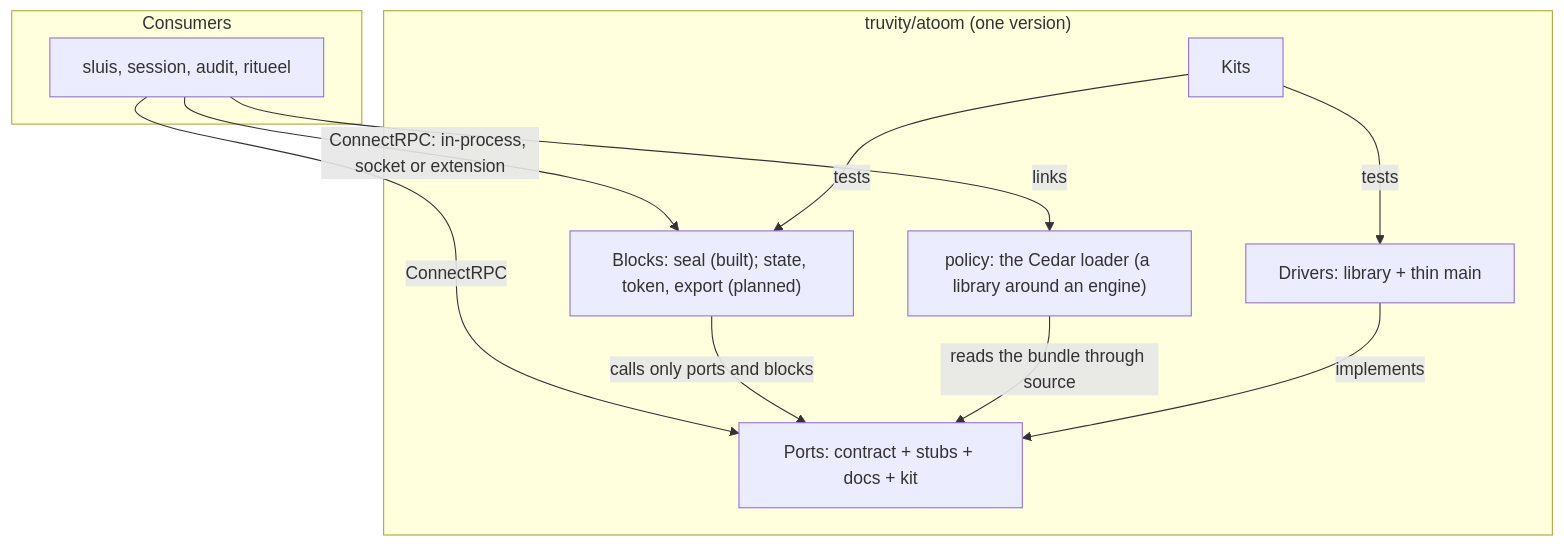
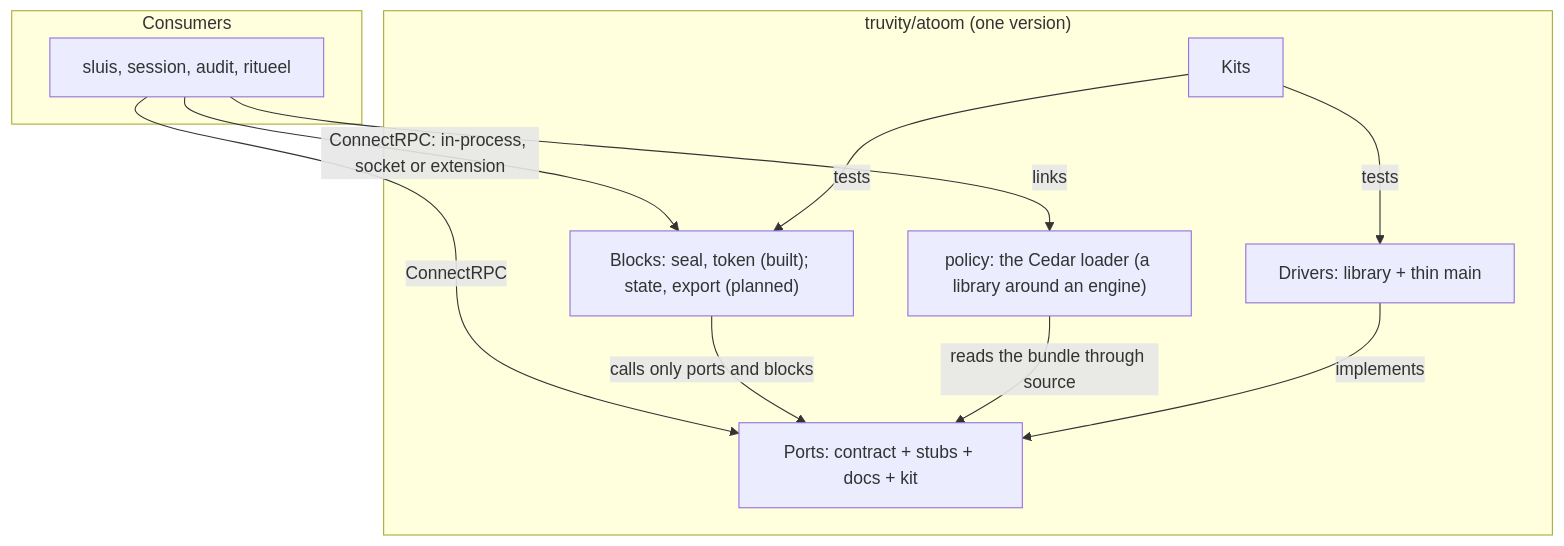
The diagram in docs/architecture.md (truvity/atoom), drawn with Mermaid before and after one commit. The commit also changed other lines of this file and 43 other files, not shown here.

First line of the commit message:
feat(blocks/token): the token block in Go, stateless, over seal (B8a, record 0020)

````diff
--- a/docs/architecture.md
+++ b/docs/architecture.md
@@ -15,21 +15,21 @@
 ```mermaid
 flowchart TB
   subgraph consumers["Consumers"]
     C1["sluis, session, audit, ritueel"]
   end
   subgraph atoom["truvity/atoom (one version)"]
-    B["Blocks: seal (built); state, token, export (planned)"]
+    B["Blocks: seal, token (built); state, export (planned)"]
     E["policy: the Cedar loader (a library around an engine)"]
     P["Ports: contract + stubs + docs + kit"]
     D["Drivers: library + thin main"]
     K["Kits"]
   end
   C1 -- "ConnectRPC: in-process, socket or extension" --> B
   C1 -- "ConnectRPC" --> P
   B -- "calls only ports and blocks" --> P
   C1 -- "links" --> E
   E -- "reads the bundle through source" --> P
   D -- implements --> P
   K -- tests --> D
   K -- tests --> B
 ```
````
